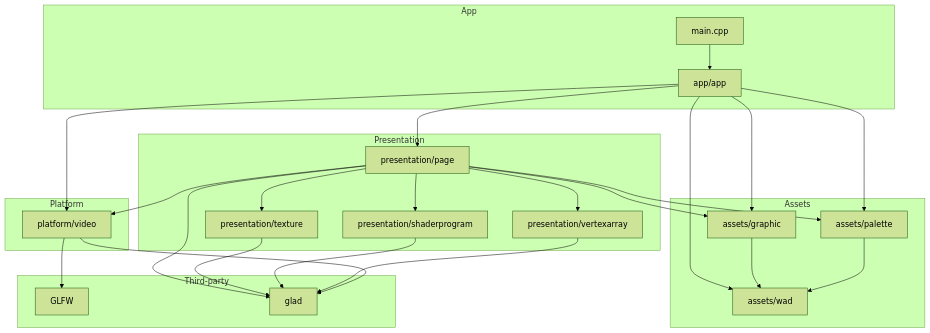
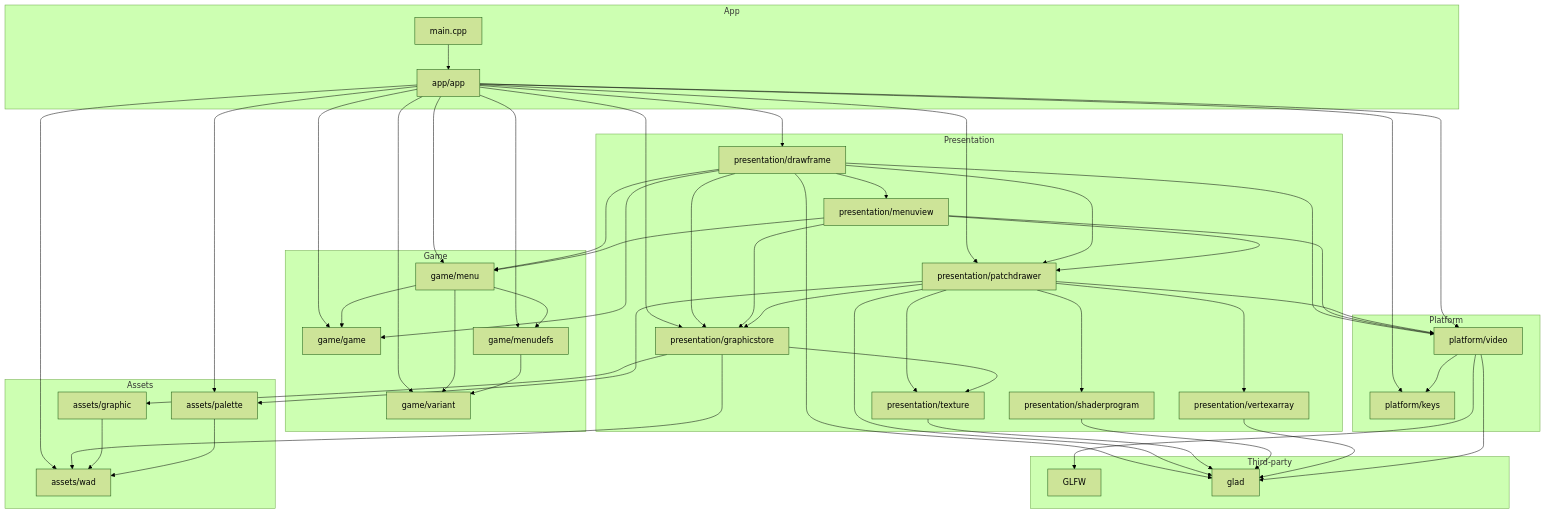
One commit to Nille-hub/Nillium changed the diagram in architecture.md. Above: the diagram before and after it, drawn with Mermaid (forest theme). The commit also changed other lines of this file, not shown here.

Commit message:
Document slice 3 modules, state ownership, dependency graph and game conventions

````diff
--- a/architecture.md
+++ b/architecture.md
@@ -47,10 +55,20 @@
   end
 
   subgraph PresentationLayer["Presentation"]
-    page["presentation/page"]
+    drawframe["presentation/drawframe"]
+    menuview["presentation/menuview"]
+    patchdrawer["presentation/patchdrawer"]
+    graphicstore["presentation/graphicstore"]
     texture["presentation/texture"]
     shaderprogram["presentation/shaderprogram"]
     vertexarray["presentation/vertexarray"]
+  end
+
+  subgraph GameLayer["Game"]
+    game["game/game"]
+    menu["game/menu"]
+    menudefs["game/menudefs"]
+    variant["game/variant"]
   end
 
   subgraph AssetsLayer["Assets"]
@@ -61,6 +79,7 @@
 
   subgraph PlatformLayer["Platform"]
     video["platform/video"]
+    keys["platform/keys"]
   end
 
   subgraph External["Third-party"]
@@ -69,23 +88,48 @@
   end
 
   main --> app
+  app --> drawframe
+  app --> graphicstore
+  app --> patchdrawer
+  app --> game
+  app --> menu
+  app --> menudefs
+  app --> variant
+  app --> palette
+  app --> wad
   app --> video
-  app --> wad
-  app --> graphic
-  app --> palette
-  app --> page
-  page --> texture
-  page --> shaderprogram
-  page --> vertexarray
-  page --> graphic
-  page --> palette
-  page --> video
-  page --> glad
-  graphic --> wad
-  palette --> wad
+  app --> keys
+  drawframe --> menuview
+  drawframe --> patchdrawer
+  drawframe --> graphicstore
+  drawframe --> game
+  drawframe --> menu
+  drawframe --> video
+  drawframe --> glad
+  menuview --> patchdrawer
+  menuview --> graphicstore
+  menuview --> menu
+  menuview --> video
+  patchdrawer --> graphicstore
+  patchdrawer --> shaderprogram
+  patchdrawer --> texture
+  patchdrawer --> vertexarray
+  patchdrawer --> palette
+  patchdrawer --> video
+  patchdrawer --> glad
+  graphicstore --> texture
+  graphicstore --> graphic
+  graphicstore --> wad
   texture --> glad
   shaderprogram --> glad
   vertexarray --> glad
+  menu --> game
+  menu --> menudefs
+  menu --> variant
+  menudefs --> variant
+  graphic --> wad
+  palette --> wad
+  video --> keys
   video --> glfw
   video --> glad
 ```
````
